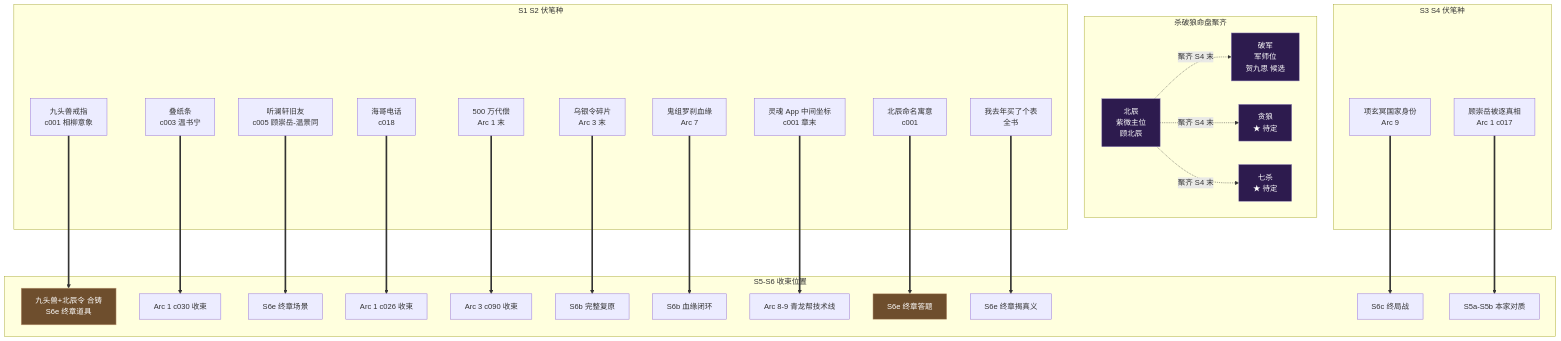
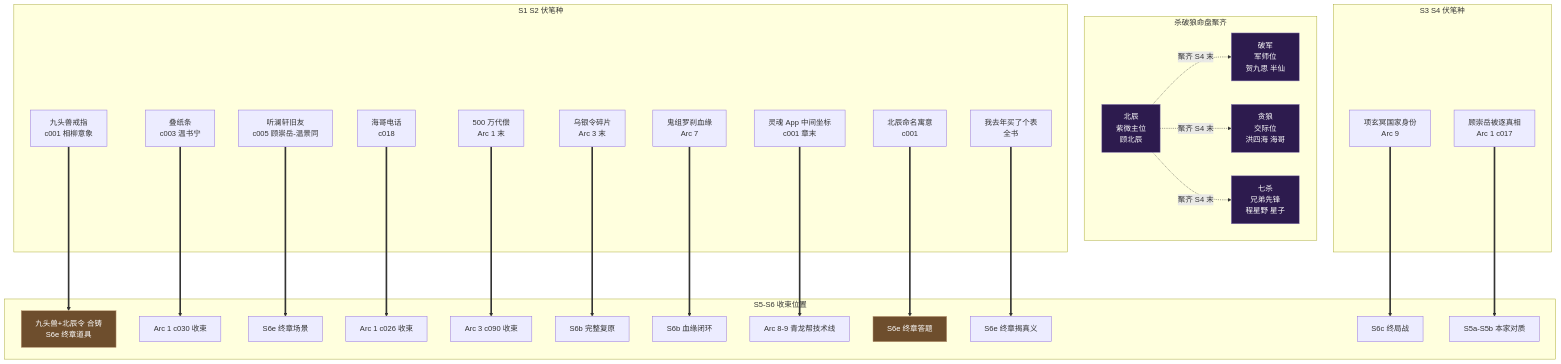
Before and after one commit to canonsir/novel-wiki-studio: the third of 4 diagrams in novels/my-glory/wiki/plot/全书大纲总览.md, drawn with Mermaid. The commit also changed other lines of this file and 9 other files, not shown here.

````diff
--- a/novels/my-glory/wiki/plot/全书大纲总览.md
+++ b/novels/my-glory/wiki/plot/全书大纲总览.md
@@ -248,66 +248,66 @@
 ```mermaid
 graph TD
     subgraph PLATE[杀破狼命盘聚齐]
         BC_STAR[北辰<br/>紫微主位<br/>顾北辰]
-        PJ_STAR[破军<br/>军师位<br/>贺九思 候选]
-        TG_STAR[贪狼<br/>★ 待定]
-        QS_STAR[七杀<br/>★ 待定]
+        PJ_STAR[破军<br/>军师位<br/>贺九思 半仙]
+        TG_STAR[贪狼<br/>交际位<br/>洪四海 海哥]
+        QS_STAR[七杀<br/>兄弟先锋<br/>程星野 星子]
     end
 
     subgraph FORESHADOW_S1[S1 S2 伏笔种]
         F1[九头兽戒指<br/>c001 相柳意象]
         F2[叠纸条<br/>c003 温书宁]
         F3[听澜轩旧友<br/>c005 顾崇岳-温景同]
         F4[海哥电话<br/>c018]
         F5[500 万代偿<br/>Arc 1 末]
         F6[乌银令碎片<br/>Arc 3 末]
         F7[鬼组罗刹血缘<br/>Arc 7]
         F8[灵魂 App 中间坐标<br/>c001 章末]
         F9[北辰命名寓意<br/>c001]
         F10[我去年买了个表<br/>全书]
     end
 
     subgraph FORESHADOW_S3[S3 S4 伏笔种]
         F11[项玄冥国家身份<br/>Arc 9]
         F12[顾崇岳被逐真相<br/>Arc 1 c017]
     end
 
     subgraph CLOSURE[S5-S6 收束位置]
         C1[九头兽+北辰令 合铸<br/>S6e 终章道具]
         C2[Arc 1 c030 收束]
         C3[S6e 终章场景]
         C4[Arc 1 c026 收束]
         C5[Arc 3 c090 收束]
         C6[S6b 完整复原]
         C7[S6b 血缘闭环]
         C8[Arc 8-9 青龙帮技术线]
         C9[S6e 终章答题]
         C10[S6e 终章揭真义]
         C11[S6c 终局战]
         C12[S5a-S5b 本家对质]
     end
 
     F1 ===> C1
     F2 ===> C2
     F3 ===> C3
     F4 ===> C4
     F5 ===> C5
     F6 ===> C6
     F7 ===> C7
     F8 ===> C8
     F9 ===> C9
     F10 ===> C10
     F11 ===> C11
     F12 ===> C12
 
     BC_STAR -.聚齐 S4 末.-> PJ_STAR
     BC_STAR -.聚齐 S4 末.-> TG_STAR
     BC_STAR -.聚齐 S4 末.-> QS_STAR
 
     style BC_STAR fill:#2d1b4e,stroke:#8b7cb6,color:#fff
     style PJ_STAR fill:#2d1b4e,stroke:#8b7cb6,color:#fff
     style TG_STAR fill:#2d1b4e,stroke:#8b7cb6,color:#fff
     style QS_STAR fill:#2d1b4e,stroke:#8b7cb6,color:#fff
     style C9 fill:#6e4e2d,stroke:#c4a07c,color:#fff
     style C1 fill:#6e4e2d,stroke:#c4a07c,color:#fff
 ```
````
